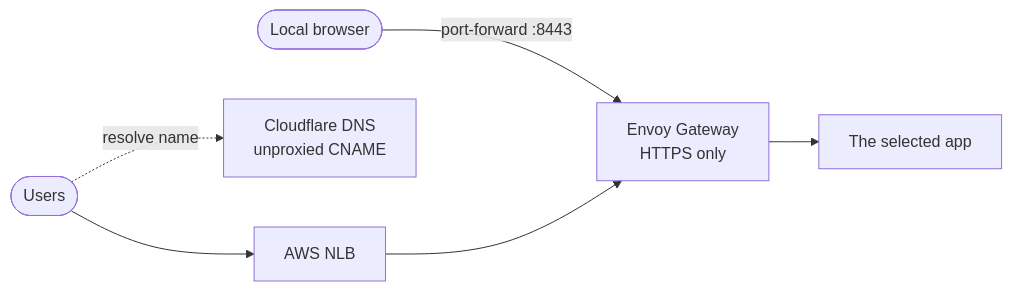
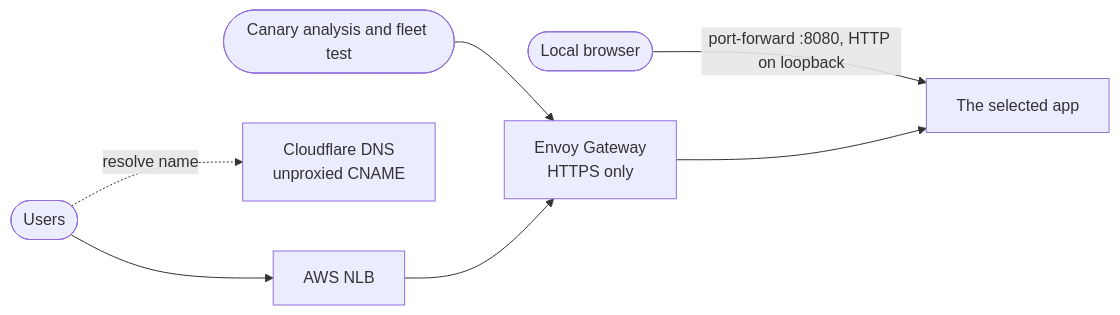
The sixth of 8 diagrams in docs/ARCHITECTURE.md (ImranAdan/infra-fleet-public), drawn with Mermaid before and after one commit. The commit also changed other lines of this file and 3 other files, not shown here.

First line of the commit message:
fix(local): browse the running app over plain HTTP on loopback

````diff
--- a/docs/ARCHITECTURE.md
+++ b/docs/ARCHITECTURE.md
@@ -118,6 +120,7 @@
 ```mermaid
 flowchart LR
-    Local(["Local browser"]) -->|port-forward :8443| Envoy["Envoy Gateway<br/>HTTPS only"] --> App["The selected app"]
+    Local(["Local browser"]) -->|port-forward :8080, HTTP on loopback| App["The selected app"]
+    Canary(["Canary analysis and fleet test"]) --> Envoy["Envoy Gateway<br/>HTTPS only"] --> App
     Users(["Users"]) -.->|resolve name| DNS["Cloudflare DNS<br/>unproxied CNAME"]
     Users --> NLB["AWS NLB"] --> Envoy
 ```
````
